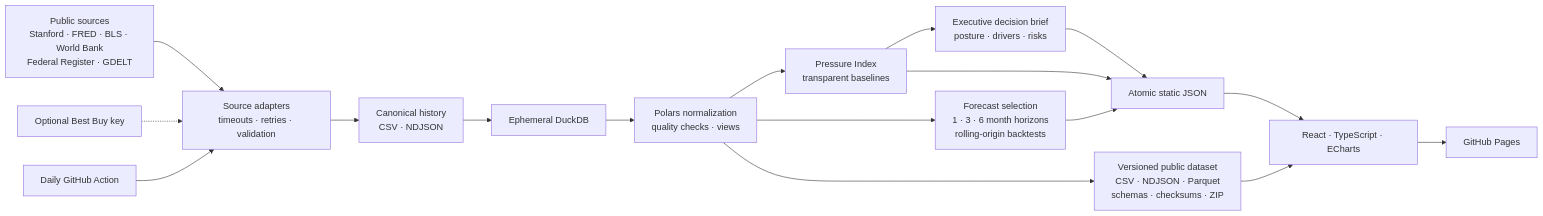
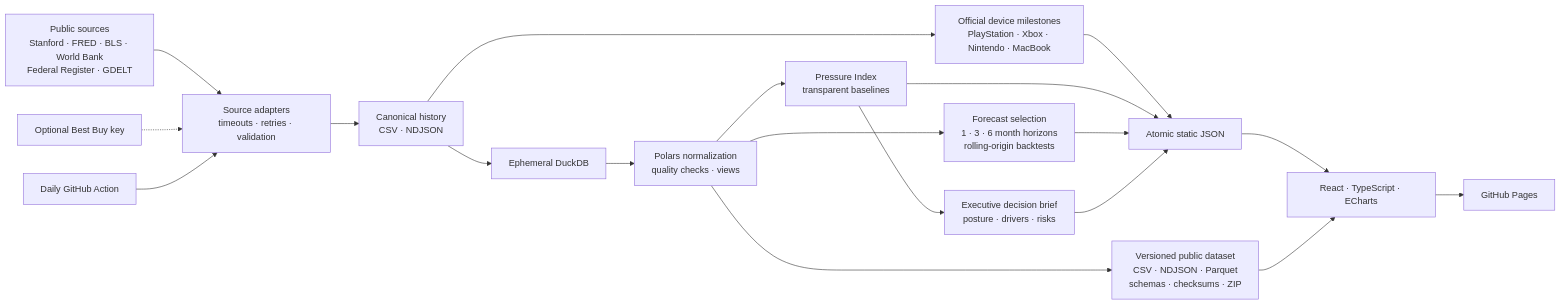
The diagram in README.md (Photon7777/memorypulse), drawn with Mermaid before and after one commit. The commit also changed other lines of this file and 68 other files, not shown here.

````diff
--- a/README.md
+++ b/README.md
@@ -30,19 +30,21 @@
 ```mermaid
 flowchart LR
   A["Public sources\nStanford · FRED · BLS · World Bank\nFederal Register · GDELT"] --> B["Source adapters\ntimeouts · retries · validation"]
   K["Optional Best Buy key"] -.-> B
   B --> C["Canonical history\nCSV · NDJSON"]
   C --> D["Ephemeral DuckDB"]
   D --> E["Polars normalization\nquality checks · views"]
   E --> F["Pressure Index\ntransparent baselines"]
   E --> G["Forecast selection\n1 · 3 · 6 month horizons\nrolling-origin backtests"]
+  C --> P["Official device milestones\nPlayStation · Xbox · Nintendo · MacBook"]
+  P --> H
   F --> Q["Executive decision brief\nposture · drivers · risks"]
   F --> H["Atomic static JSON"]
   G --> H
   Q --> H
   E --> R["Versioned public dataset\nCSV · NDJSON · Parquet\nschemas · checksums · ZIP"]
   H --> I["React · TypeScript · ECharts"]
   R --> I
   I --> J["GitHub Pages"]
   L["Daily GitHub Action"] --> B
 ```
````
